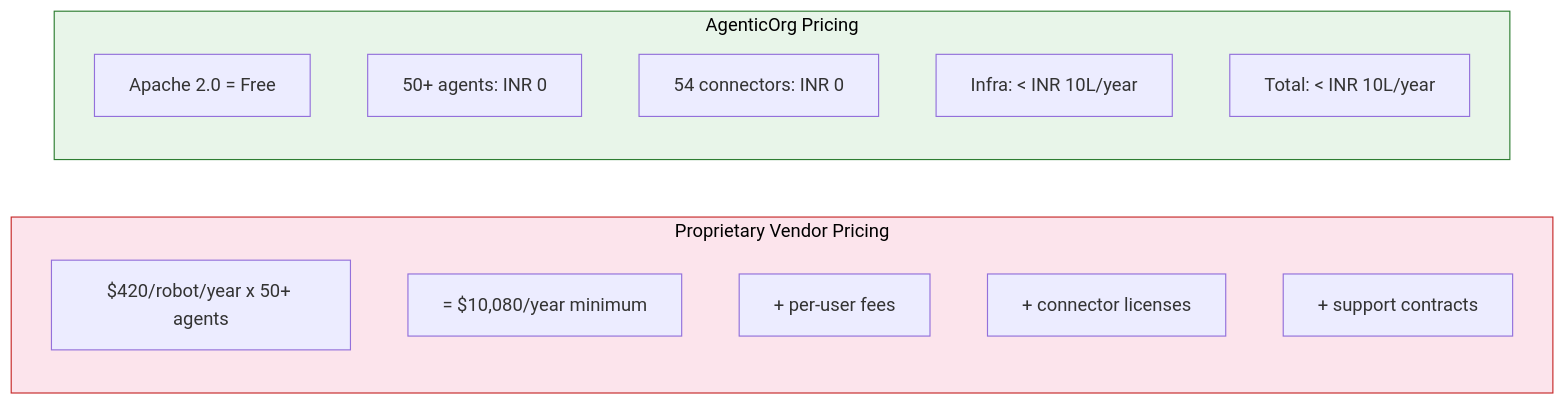
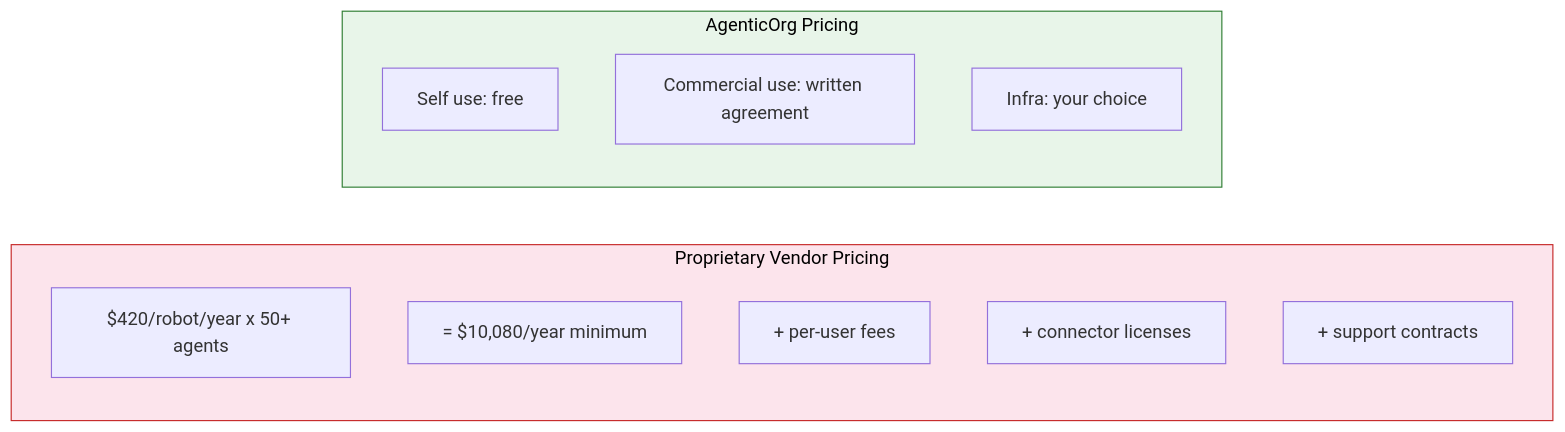
The fifth of 7 diagrams in docs/why-agenticorg.md (mishrasanjeev/agentic-org), drawn with Mermaid before and after one commit. The commit also changed other lines of this file and 1158 other files, not shown here.

````diff
--- a/docs/why-agenticorg.md
+++ b/docs/why-agenticorg.md
@@ -236,21 +234,19 @@
 ```mermaid
 graph LR
     subgraph Proprietary["Proprietary Vendor Pricing"]
         P1["$420/robot/year x 50+ agents"]
         P2["= $10,080/year minimum"]
         P3["+ per-user fees"]
         P4["+ connector licenses"]
         P5["+ support contracts"]
     end
 
-    subgraph OpenSource["AgenticOrg Pricing"]
-        O1["Apache 2.0 = Free"]
-        O2["50+ agents: INR 0"]
-        O3["54 connectors: INR 0"]
-        O4["Infra: < INR 10L/year"]
-        O5["Total: < INR 10L/year"]
+    subgraph SourceAvailable["AgenticOrg Pricing"]
+        O1["Self use: free"]
+        O2["Commercial use: written agreement"]
+        O3["Infra: your choice"]
     end
 
     style Proprietary fill:#fce4ec,stroke:#c62828,color:#000
-    style OpenSource fill:#e8f5e9,stroke:#2e7d32,color:#000
+    style SourceAvailable fill:#e8f5e9,stroke:#2e7d32,color:#000
 ```
````
